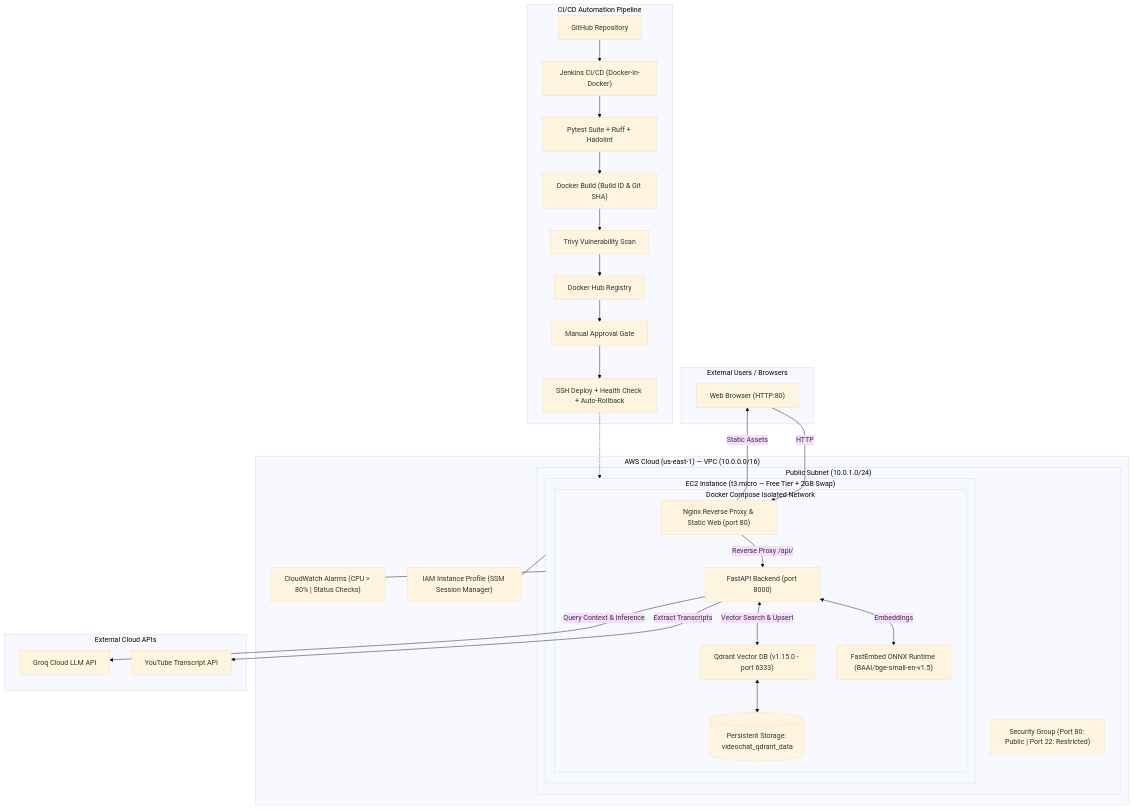
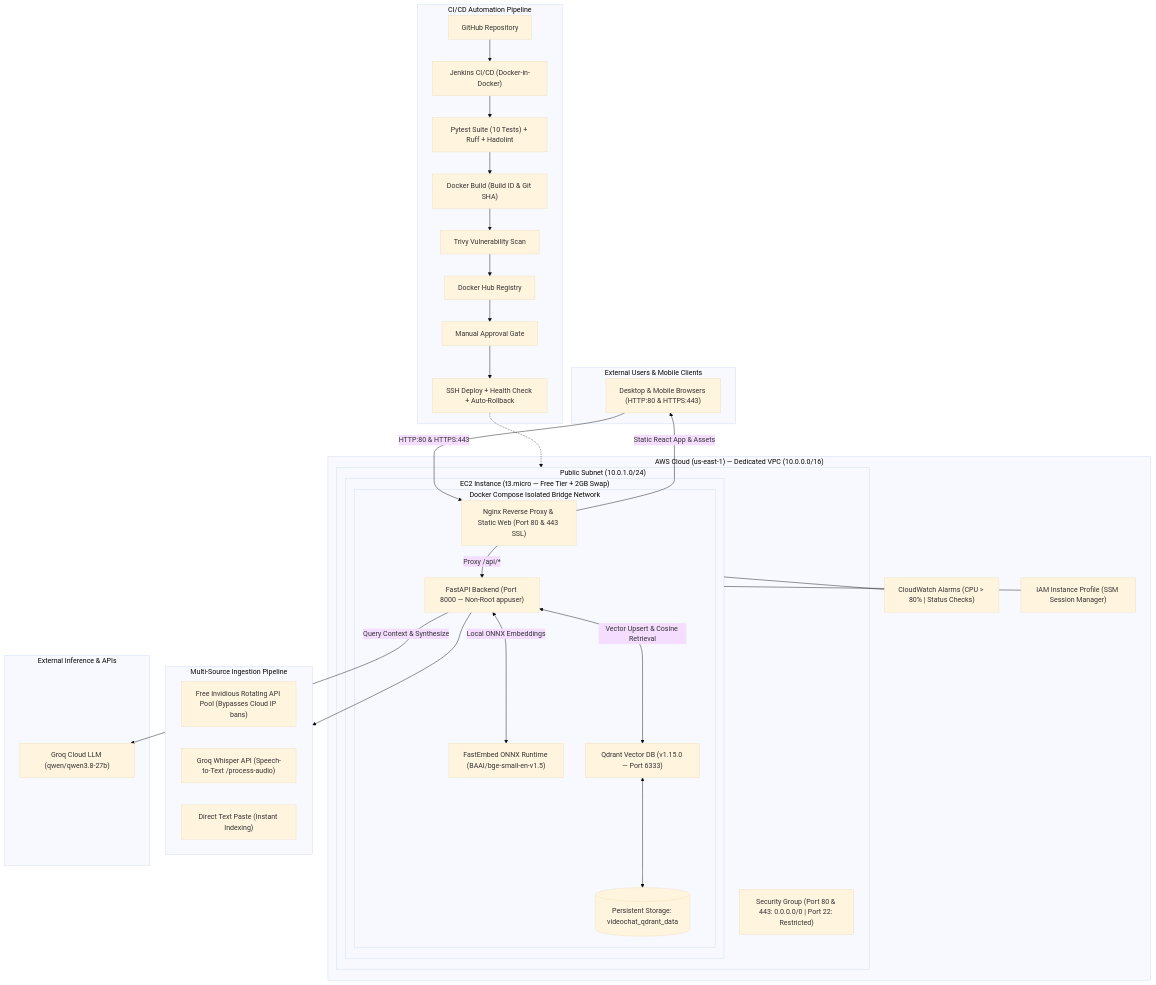
Before and after one commit to Pruthviraj-333/videochat-ai: the diagram in README.md, drawn with Mermaid (base theme). The commit also changed other lines of this file and 2 other files, not shown here.

Commit message:
docs: finalize production documentation, architecture diagrams, and interview defense notes

````diff
--- a/README.md
+++ b/README.md
@@ -18,50 +28,55 @@
 ```mermaid
 flowchart TD
-    subgraph Client["External Users / Browsers"]
-        Browser["Web Browser (HTTP:80)"]
+    subgraph Client["External Users & Mobile Clients"]
+        Browser["Desktop & Mobile Browsers (HTTP:80 & HTTPS:443)"]
     end
 
-    subgraph AWS["AWS Cloud (us-east-1) — VPC (10.0.0.0/16)"]
+    subgraph AWS["AWS Cloud (us-east-1) — Dedicated VPC (10.0.0.0/16)"]
         subgraph PublicSubnet["Public Subnet (10.0.1.0/24)"]
             subgraph EC2["EC2 Instance (t3.micro — Free Tier + 2GB Swap)"]
-                subgraph DockerStack["Docker Compose Isolated Network"]
-                    Nginx["Nginx Reverse Proxy & Static Web (port 80)"]
-                    FastAPI["FastAPI Backend (port 8000)"]
+                subgraph DockerStack["Docker Compose Isolated Bridge Network"]
+                    Nginx["Nginx Reverse Proxy & Static Web (Port 80 & 443 SSL)"]
+                    FastAPI["FastAPI Backend (Port 8000 — Non-Root appuser)"]
                     FastEmbed["FastEmbed ONNX Runtime (BAAI/bge-small-en-v1.5)"]
-                    Qdrant["Qdrant Vector DB (v1.15.0 - port 6333)"]
+                    Qdrant["Qdrant Vector DB (v1.15.0 — Port 6333)"]
                     Volume[("Persistent Storage: videochat_qdrant_data")]
                 end
             end
-            SG["Security Group (Port 80: Public | Port 22: Restricted)"]
+            SG["Security Group (Port 80 & 443: 0.0.0.0/0 | Port 22: Restricted)"]
         end
         CW["CloudWatch Alarms (CPU > 80% | Status Checks)"]
         IAM["IAM Instance Profile (SSM Session Manager)"]
     end
 
-    subgraph ExternalServices["External Cloud APIs"]
-        Groq["Groq Cloud LLM API"]
-        YouTube["YouTube Transcript API"]
+    subgraph Ingestion["Multi-Source Ingestion Pipeline"]
+        Invidious["Free Invidious Rotating API Pool (Bypasses Cloud IP bans)"]
+        GroqWhisper["Groq Whisper API (Speech-to-Text /process-audio)"]
+        DirectPaste["Direct Text Paste (Instant Indexing)"]
+    end
+
+    subgraph ExternalServices["External Inference & APIs"]
+        GroqLLM["Groq Cloud LLM (qwen/qwen3.8-27b)"]
     end
 
     subgraph CICD["CI/CD Automation Pipeline"]
         Git["GitHub Repository"] --> Jenkins["Jenkins CI/CD (Docker-in-Docker)"]
-        Jenkins --> Tests["Pytest Suite + Ruff + Hadolint"]
+        Jenkins --> Tests["Pytest Suite (10 Tests) + Ruff + Hadolint"]
         Tests --> Build["Docker Build (Build ID & Git SHA)"]
         Build --> Trivy["Trivy Vulnerability Scan"]
         Trivy --> DockerHub["Docker Hub Registry"]
         DockerHub --> Approval["Manual Approval Gate"]
         Approval --> Deploy["SSH Deploy + Health Check + Auto-Rollback"]
         Deploy -.-> EC2
     end
 
-    Browser -->|HTTP| Nginx
-    Nginx -->|Static Assets| Browser
-    Nginx -->|Reverse Proxy /api/| FastAPI
-    FastAPI <-->|Embeddings| FastEmbed
-    FastAPI <-->|Vector Search & Upsert| Qdrant
+    Browser -->|HTTP:80 & HTTPS:443| Nginx
+    Nginx -->|Static React App & Assets| Browser
+    Nginx -->|Proxy /api/*| FastAPI
+    FastAPI <-->|Local ONNX Embeddings| FastEmbed
+    FastAPI <-->|Vector Upsert & Cosine Retrieval| Qdrant
     Qdrant <--> Volume
-    FastAPI -->|Extract Transcripts| YouTube
-    FastAPI -->|Query Context & Inference| Groq
+    FastAPI --> Ingestion
+    FastAPI -->|Query Context & Synthesize| GroqLLM
     EC2 --- IAM
     EC2 --- CW
 ```
````
